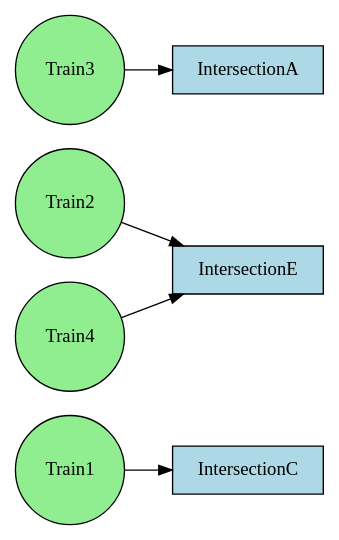
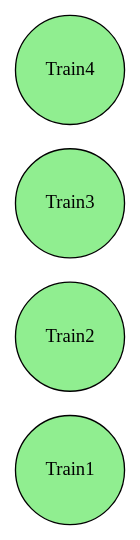
The diagram in rag.dot (Epsilon157/Group-D), drawn with Graphviz before and after one commit. The commit also changed 6 other files, not shown here.

```diff
--- a/rag.dot
+++ b/rag.dot
@@ -1,12 +1,8 @@
 digraph RAG {
   rankdir=LR;
   node [shape=rectangle, style=filled, fillcolor=lightblue];
   "Train1" [shape=circle, fillcolor=lightgreen];
-  "Train1" -> "IntersectionC";
   "Train2" [shape=circle, fillcolor=lightgreen];
-  "Train2" -> "IntersectionE";
   "Train3" [shape=circle, fillcolor=lightgreen];
-  "Train3" -> "IntersectionA";
   "Train4" [shape=circle, fillcolor=lightgreen];
-  "Train4" -> "IntersectionE";
 }
```
